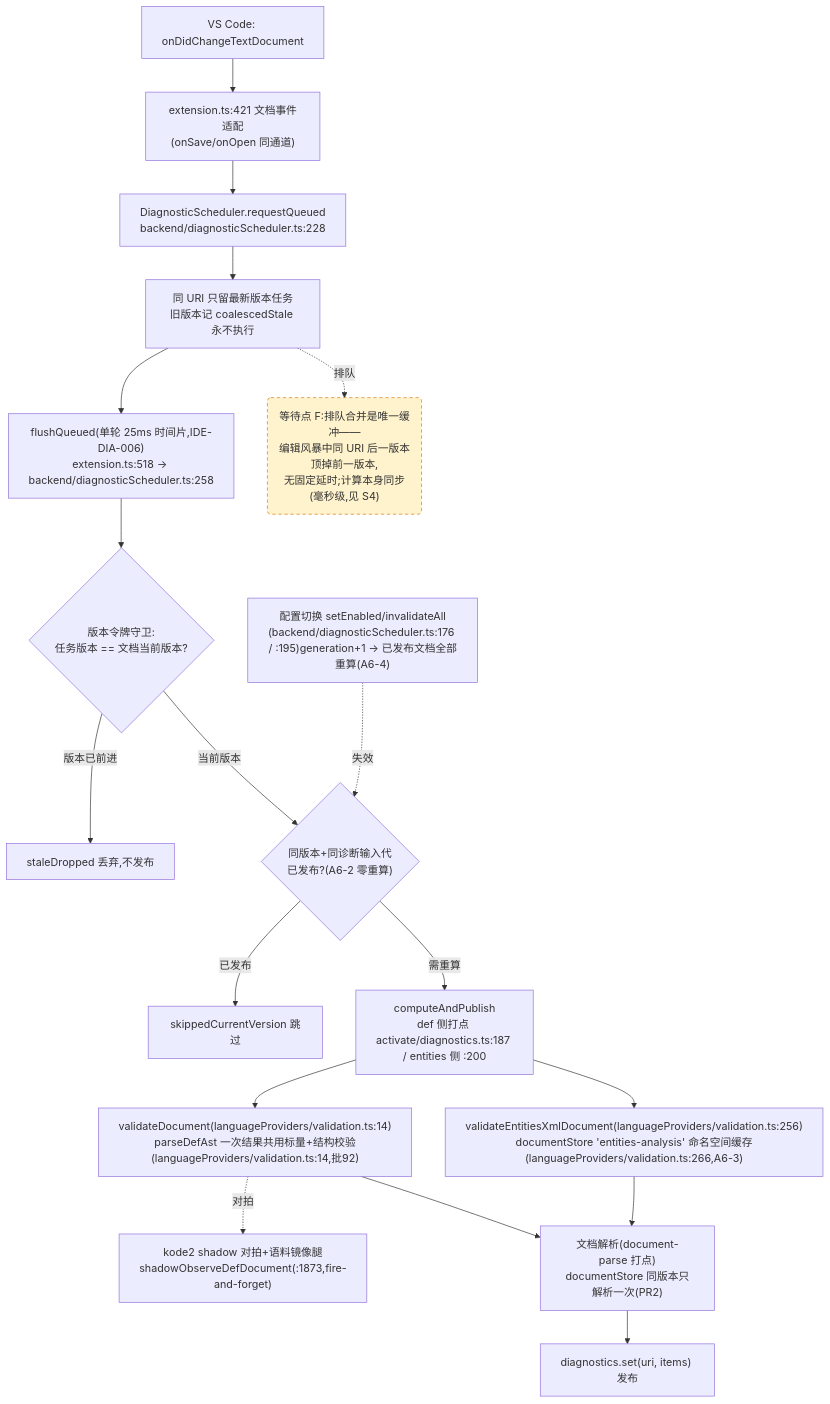
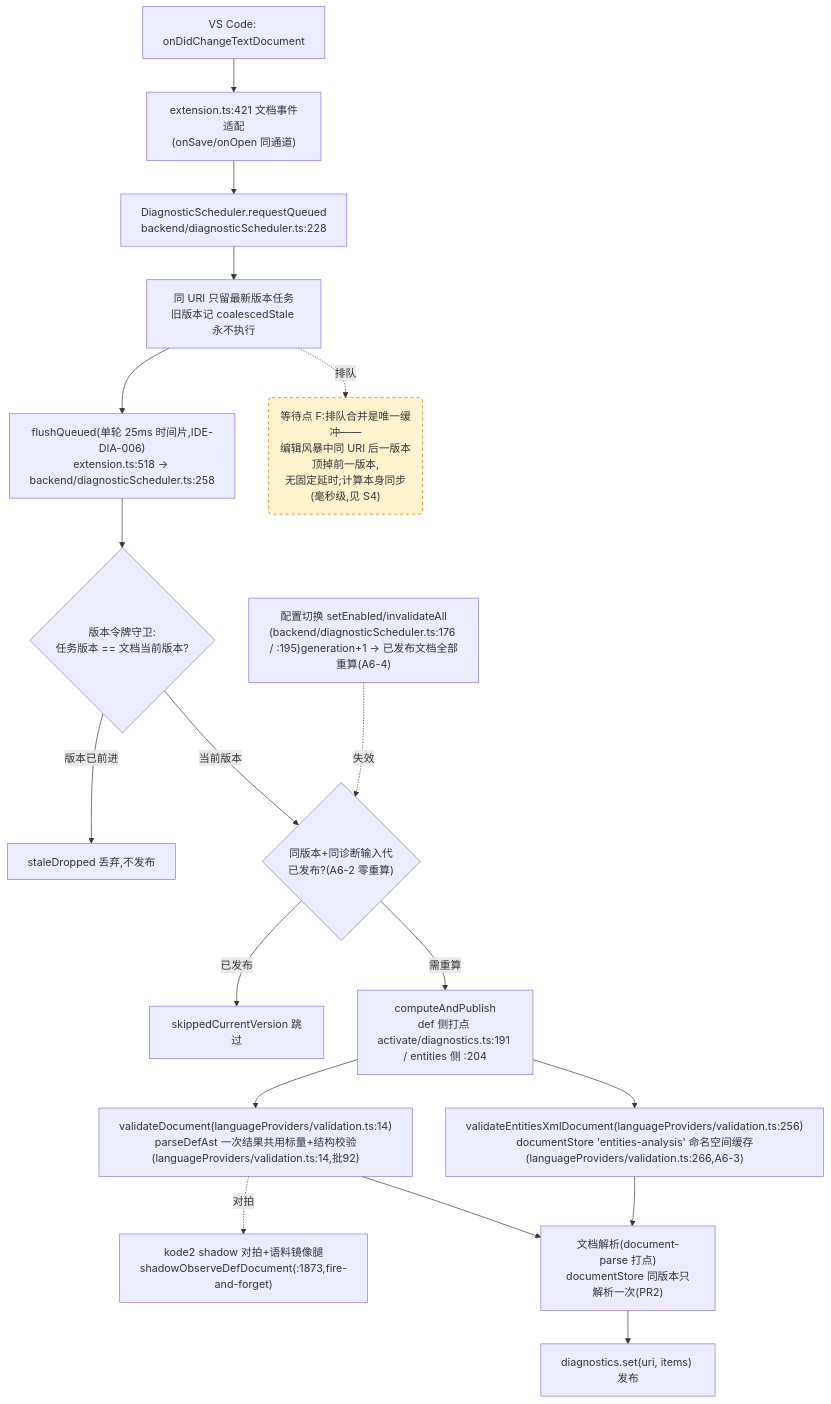
One commit to cuihairu/kode changed the fourth of 4 diagrams in docs/perf/2026-baseline.md. Above: the diagram before and after it, drawn with Mermaid. The commit also changed 10 other files, not shown here.

````diff
--- a/docs/perf/2026-baseline.md
+++ b/docs/perf/2026-baseline.md
@@ -219,38 +219,38 @@
 ```mermaid
 flowchart TD
   CHG["VS Code: onDidChangeTextDocument"]
   WATCH["extension.ts:421 文档事件适配<br/>(onSave/onOpen 同通道)"]
   RQ["DiagnosticScheduler.requestQueued<br/>backend/diagnosticScheduler.ts:228"]
   CO["同 URI 只留最新版本任务<br/>旧版本记 coalescedStale 永不执行"]
   FL["flushQueued(单轮 25ms 时间片,IDE-DIA-006)<br/>extension.ts:518 → backend/diagnosticScheduler.ts:258"]
   VG{"版本令牌守卫:<br/>任务版本 == 文档当前版本?"}
   DROP["staleDropped 丢弃,不发布"]
   GEN{"同版本+同诊断输入代<br/>已发布?(A6-2 零重算)"}
   SKIP["skippedCurrentVersion 跳过"]
-  CALC["computeAndPublish<br/>def 侧打点 activate/diagnostics.ts:187 / entities 侧 :200"]
+  CALC["computeAndPublish<br/>def 侧打点 activate/diagnostics.ts:191 / entities 侧 :204"]
   VD["validateDocument(languageProviders/validation.ts:14)<br/>parseDefAst 一次结果共用标量+结构校验(languageProviders/validation.ts:14,批92)"]
   VEX["validateEntitiesXmlDocument(languageProviders/validation.ts:256)<br/>documentStore 'entities-analysis' 命名空间缓存(languageProviders/validation.ts:266,A6-3)"]
   SHDD["kode2 shadow 对拍+语料镜像腿<br/>shadowObserveDefDocument(:1873,fire-and-forget)"]
   DS["文档解析(document-parse 打点)<br/>documentStore 同版本只解析一次(PR2)"]
   PUB["diagnostics.set(uri, items) 发布"]
   CFG2["配置切换 setEnabled/invalidateAll<br/>(backend/diagnosticScheduler.ts:176 / :195)generation+1 → 已发布文档全部重算(A6-4)"]
 
   CHG --> WATCH --> RQ --> CO --> FL --> VG
   VG -- "版本已前进" --> DROP
   VG -- "当前版本" --> GEN
   GEN -- "已发布" --> SKIP
   GEN -- "需重算" --> CALC
   CALC --> VD
   CALC --> VEX
   VD --> DS
   VEX --> DS
   DS --> PUB
   VD -.->|对拍| SHDD
   CFG2 -.->|失效| GEN
 
   WAITF("等待点 F:排队合并是唯一缓冲——<br/>编辑风暴中同 URI 后一版本顶掉前一版本,<br/>无固定延时;计算本身同步(毫秒级,见 S4)")
   CO -.->|排队| WAITF
 
   classDef waitPoint fill:#fff3cd,stroke:#d97706,stroke-dasharray:5 4;
   class WAITF waitPoint;
 ```
````
